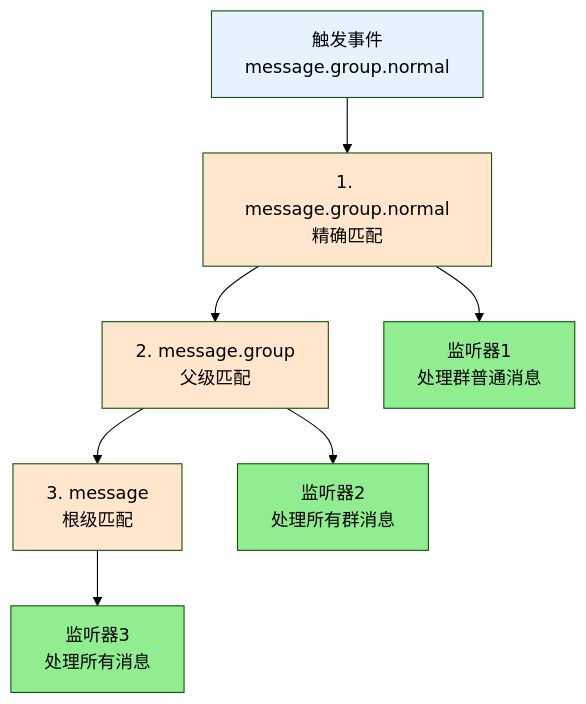
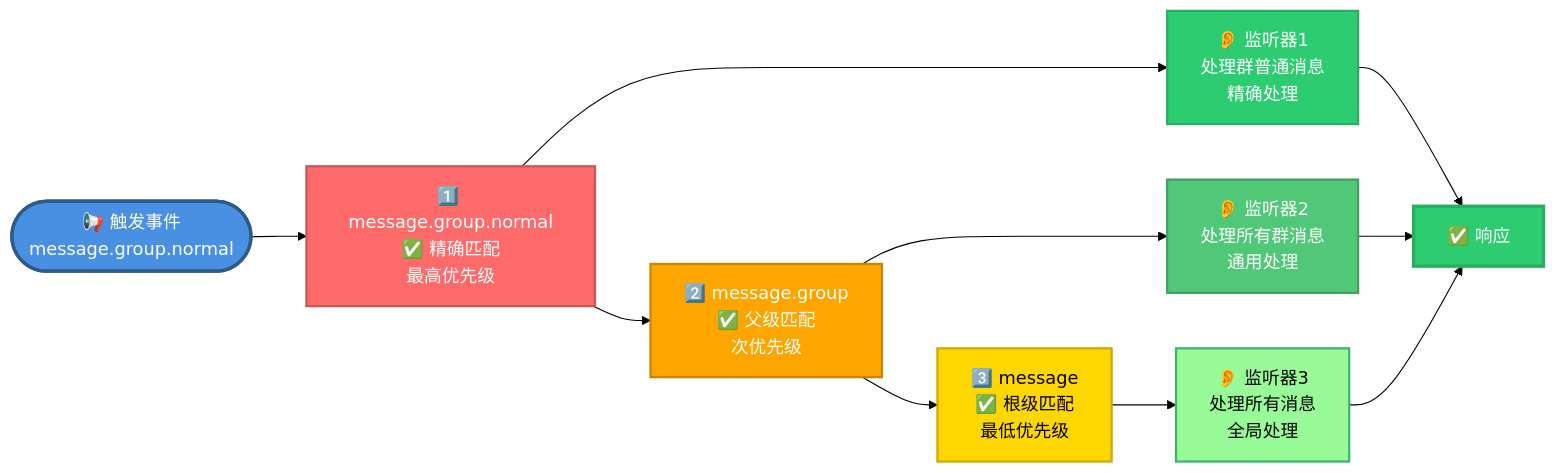
The fourth of 12 diagrams in docs/bot.md (sunflowermm/XRK-AGT), drawn with Mermaid (forest theme) before and after one commit. The commit also changed other lines of this file and 9 other files, not shown here.

````diff
--- a/docs/bot.md
+++ b/docs/bot.md
@@ -222,18 +241,23 @@
 ```mermaid
-flowchart TD
-    Trigger["触发事件<br/>message.group.normal"] --> Level1["1. message.group.normal<br/>精确匹配"]
-    Level1 --> Level2["2. message.group<br/>父级匹配"]
-    Level2 --> Level3["3. message<br/>根级匹配"]
+flowchart LR
+    Trigger(["📢 触发事件<br/>message.group.normal"]) --> Level1["1️⃣ message.group.normal<br/>✅ 精确匹配<br/>最高优先级"]
+    Level1 --> Level2["2️⃣ message.group<br/>✅ 父级匹配<br/>次优先级"]
+    Level2 --> Level3["3️⃣ message<br/>✅ 根级匹配<br/>最低优先级"]
     
-    Level1 --> Listener1["监听器1<br/>处理群普通消息"]
-    Level2 --> Listener2["监听器2<br/>处理所有群消息"]
-    Level3 --> Listener3["监听器3<br/>处理所有消息"]
+    Level1 --> Listener1["👂 监听器1<br/>处理群普通消息<br/>精确处理"]
+    Level2 --> Listener2["👂 监听器2<br/>处理所有群消息<br/>通用处理"]
+    Level3 --> Listener3["👂 监听器3<br/>处理所有消息<br/>全局处理"]
     
-    style Trigger fill:#E6F3FF
-    style Level1 fill:#FFE6CC
-    style Level2 fill:#FFE6CC
-    style Level3 fill:#FFE6CC
-    style Listener1 fill:#90EE90
-    style Listener2 fill:#90EE90
-    style Listener3 fill:#90EE90
+    Listener1 --> Response["✅ 响应"]
+    Listener2 --> Response
+    Listener3 --> Response
+    
+    style Trigger fill:#4A90E2,stroke:#2E5C8A,stroke-width:3px,color:#fff
+    style Level1 fill:#FF6B6B,stroke:#CC5555,stroke-width:2px,color:#fff
+    style Level2 fill:#FFA500,stroke:#CC8400,stroke-width:2px,color:#fff
+    style Level3 fill:#FFD700,stroke:#CCAA00,stroke-width:2px,color:#000
+    style Listener1 fill:#2ECC71,stroke:#27AE60,stroke-width:2px,color:#fff
+    style Listener2 fill:#50C878,stroke:#3FA060,stroke-width:2px,color:#fff
+    style Listener3 fill:#98FB98,stroke:#3CB371,stroke-width:2px
+    style Response fill:#2ECC71,stroke:#27AE60,stroke-width:3px,color:#fff
 ```
````
